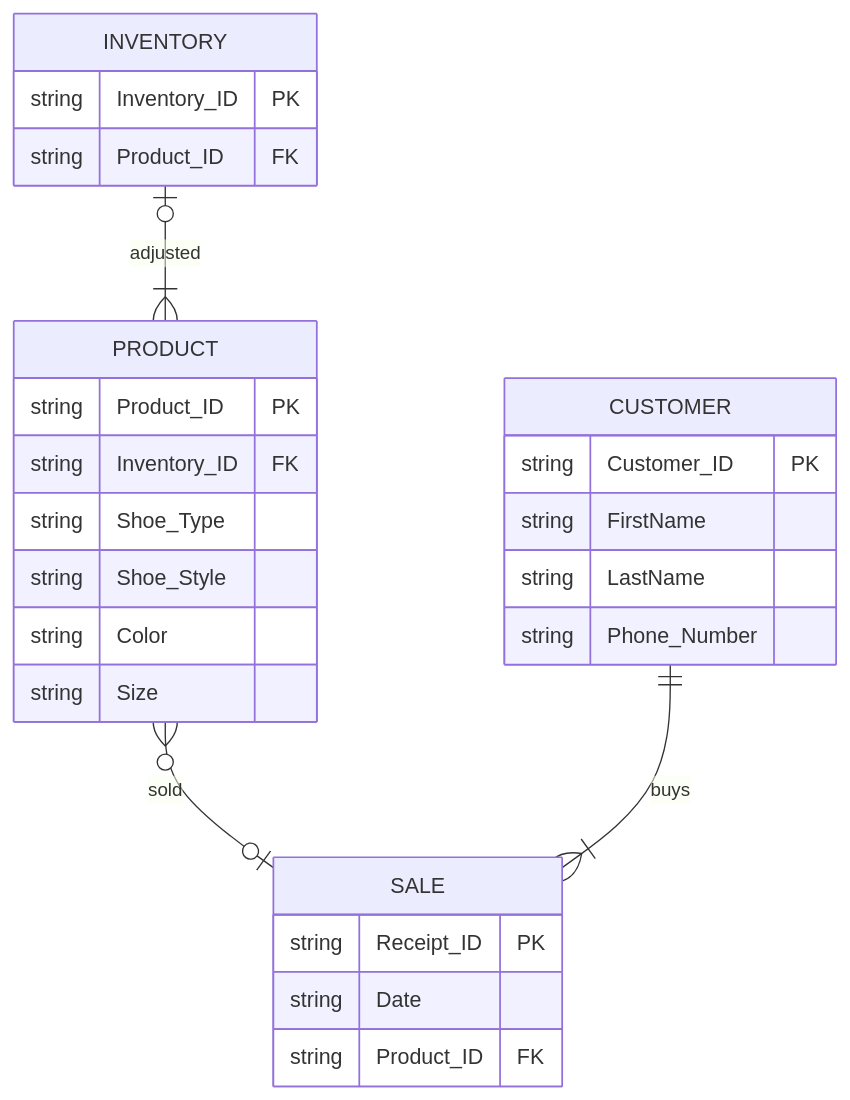
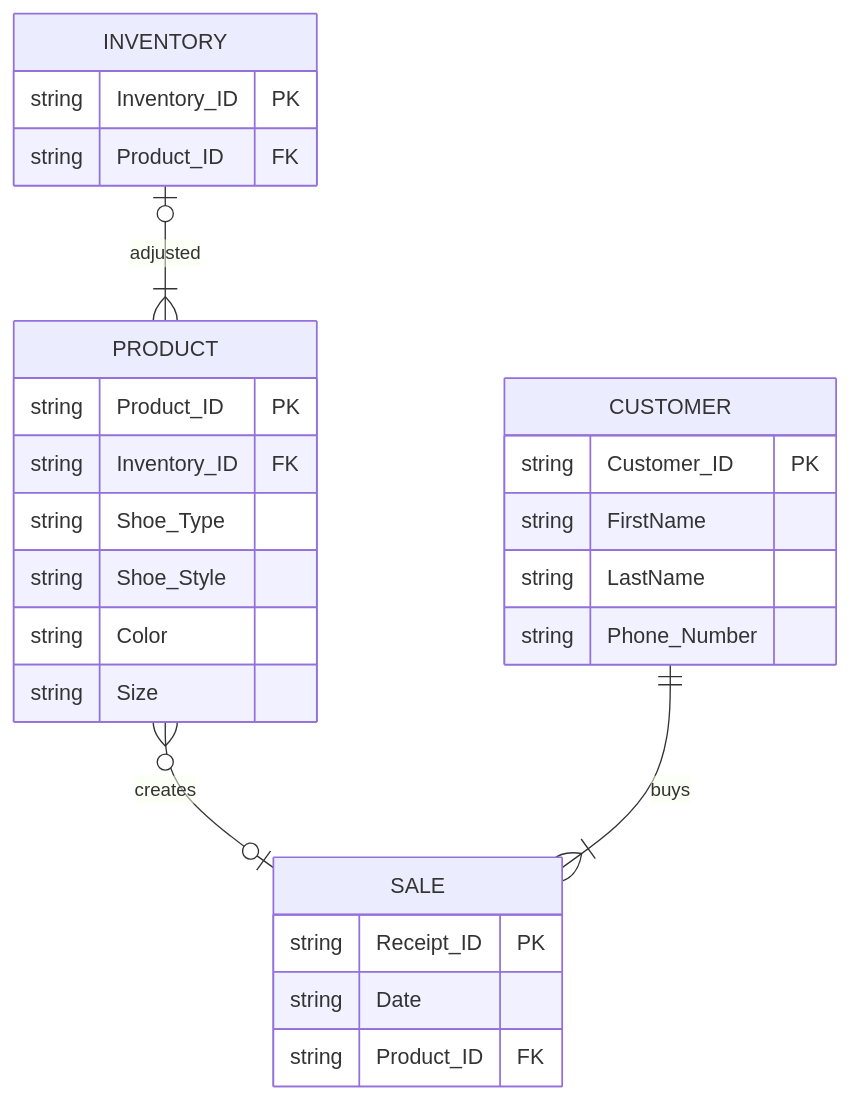
The diagram in NikeStore_ERD.md (vkhall/vkhall.github.io), drawn with Mermaid before and after one commit.

````diff
--- a/NikeStore_ERD.md
+++ b/NikeStore_ERD.md
@@ -1,29 +1,29 @@
 ```mermaid 
 erDiagram 
-	PRODUCT }o--o| SALE : sold
+	PRODUCT }o--o| SALE : creates
 	PRODUCT {
 		string Product_ID PK
 		string Inventory_ID FK
 		string Shoe_Type
 		string Shoe_Style
 		string Color
 		string Size
 	}
 	CUSTOMER ||--|{ SALE : buys
 	CUSTOMER {
 		string Customer_ID PK
 		string FirstName
 		string LastName
 		string Phone_Number
 	}
 	SALE {
 		string Receipt_ID PK
 		string Date
 		string Product_ID FK
 	}
 	INVENTORY |o--|{ PRODUCT : adjusted
 	INVENTORY {
 		string Inventory_ID PK
 		string Product_ID FK
 	} 
 ``` 
````
